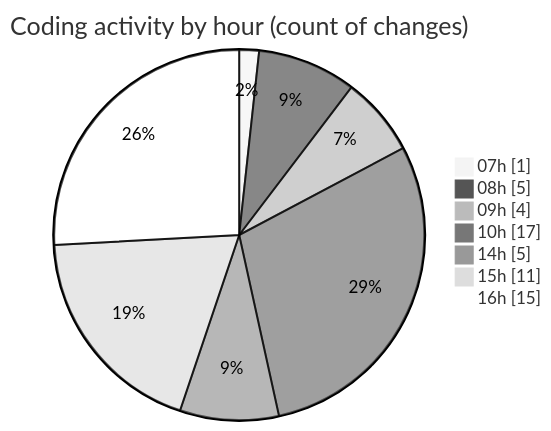
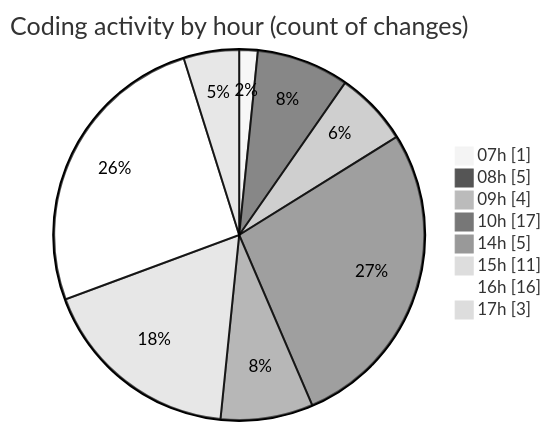
One commit to momahboobian/code-tracking changed the second of 2 diagrams in 2025-05-14/cda/README.md. Above: the diagram before and after it, drawn with Mermaid (neutral theme). The commit also changed other lines of this file and 1 other file, not shown here.

````diff
--- a/2025-05-14/cda/README.md
+++ b/2025-05-14/cda/README.md
@@ -42,11 +42,12 @@
 ```mermaid
 pie showData
 title Coding activity by hour (count of changes)
 "07h" : 1
 "08h" : 5
 "09h" : 4
 "10h" : 17
 "14h" : 5
 "15h" : 11
-"16h" : 15
+"16h" : 16
+"17h" : 3
 ```
````
